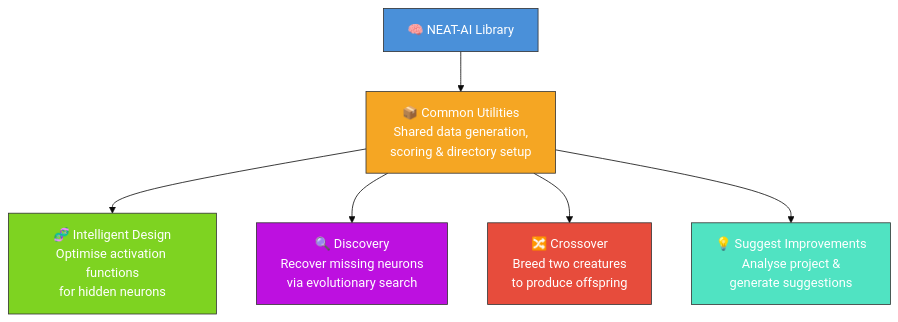
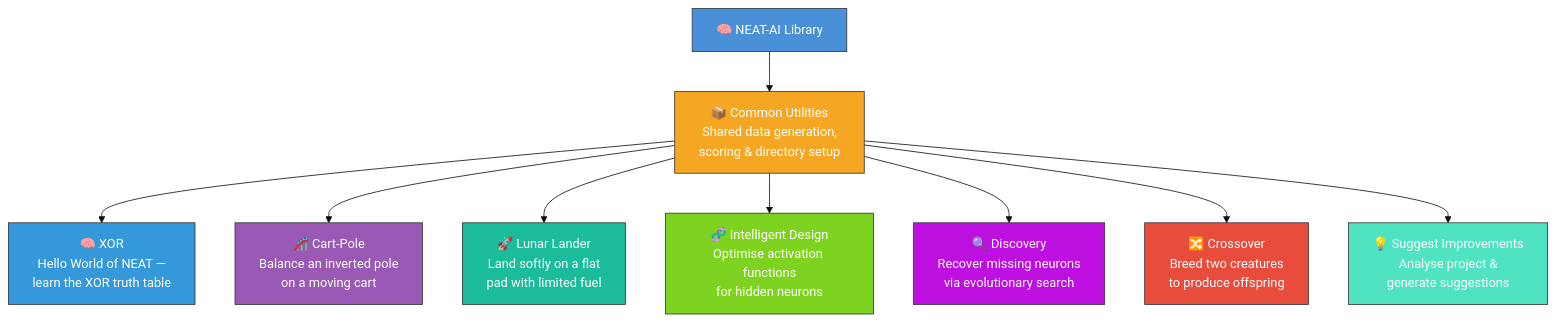
One commit to stSoftwareAU/NEAT-AI-Examples changed the first of 4 diagrams in README.md. Above: the diagram before and after it, drawn with Mermaid (base theme). The commit also changed other lines of this file and 5 other files, not shown here.

First line of the commit message:
docs: surface XOR, Cart-Pole, Lunar Lander on main README (#60)

````diff
--- a/README.md
+++ b/README.md
@@ -24,23 +52,32 @@
 ```mermaid
 flowchart TD
     NEAT["🧠 NEAT-AI Library"]
     COMMON["📦 Common Utilities<br/>Shared data generation,<br/>scoring & directory setup"]
 
+    XOR["🧠 XOR<br/>Hello World of NEAT —<br/>learn the XOR truth table"]
+    CART["🎢 Cart-Pole<br/>Balance an inverted pole<br/>on a moving cart"]
+    LUNAR["🚀 Lunar Lander<br/>Land softly on a flat<br/>pad with limited fuel"]
     ID["🧬 Intelligent Design<br/>Optimise activation functions<br/>for hidden neurons"]
     DISC["🔍 Discovery<br/>Recover missing neurons<br/>via evolutionary search"]
     CROSS["🔀 Crossover<br/>Breed two creatures<br/>to produce offspring"]
     SUGGEST["💡 Suggest Improvements<br/>Analyse project &<br/>generate suggestions"]
 
     NEAT --> COMMON
+    COMMON --> XOR
+    COMMON --> CART
+    COMMON --> LUNAR
     COMMON --> ID
     COMMON --> DISC
     COMMON --> CROSS
     COMMON --> SUGGEST
 
     style NEAT fill:#4a90d9,stroke:#333,color:#fff
     style COMMON fill:#f5a623,stroke:#333,color:#fff
+    style XOR fill:#3498db,stroke:#333,color:#fff
+    style CART fill:#9b59b6,stroke:#333,color:#fff
+    style LUNAR fill:#1abc9c,stroke:#333,color:#fff
     style ID fill:#7ed321,stroke:#333,color:#fff
     style DISC fill:#bd10e0,stroke:#333,color:#fff
     style CROSS fill:#e74c3c,stroke:#333,color:#fff
     style SUGGEST fill:#50e3c2,stroke:#333,color:#fff
 ```
````
